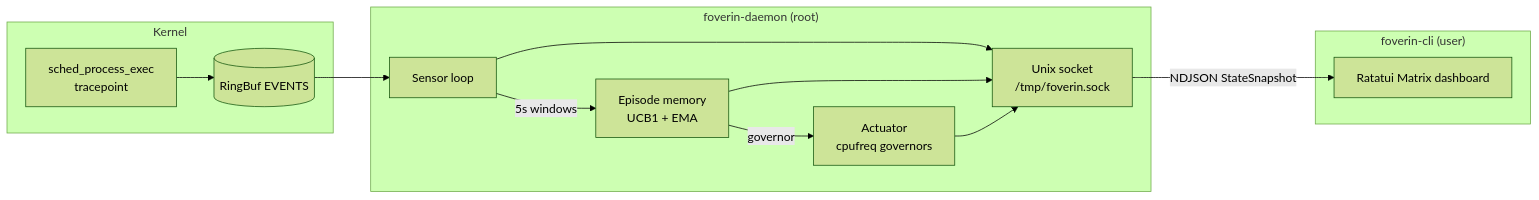
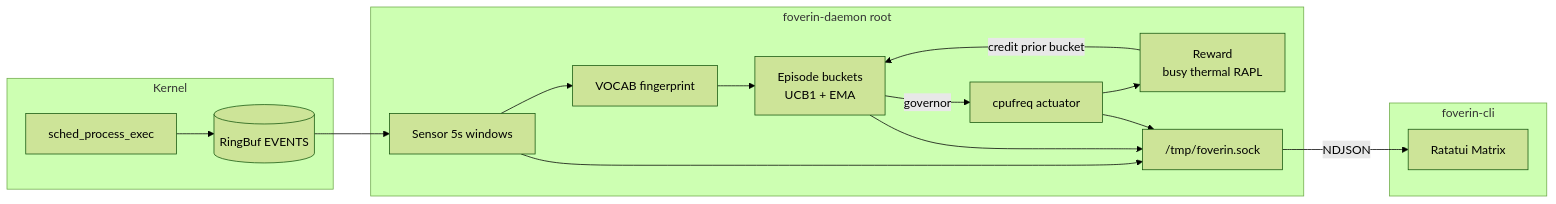
The diagram in README.md (hocestnonsatis/foverin), drawn with Mermaid (forest theme) before and after one commit. The commit also changed other lines of this file and 1 other file, not shown here.

First line of the commit message:
Release v0.2.0: document episodic memory architecture.

````diff
--- a/README.md
+++ b/README.md
@@ -21,26 +21,28 @@
 ```mermaid
 flowchart LR
     subgraph Kernel
-        TP["sched_process_exec<br/>tracepoint"]
+        TP["sched_process_exec"]
         RB[(RingBuf EVENTS)]
         TP --> RB
     end
 
-    subgraph "foverin-daemon (root)"
-        SEN[Sensor loop]
-        MEM["Episode memory<br/>UCB1 + EMA"]
-        ACT["Actuator<br/>cpufreq governors"]
-        UDS["Unix socket<br/>/tmp/foverin.sock"]
-        RB --> SEN
-        SEN -->|"5s windows"| MEM
+    subgraph Daemon["foverin-daemon root"]
+        SEN[Sensor 5s windows]
+        FP[VOCAB fingerprint]
+        MEM["Episode buckets<br/>UCB1 + EMA"]
+        REW["Reward<br/>busy thermal RAPL"]
+        ACT[cpufreq actuator]
+        UDS["/tmp/foverin.sock"]
+        RB --> SEN --> FP --> MEM
         MEM -->|governor| ACT
+        ACT --> REW -->|credit prior bucket| MEM
         SEN --> UDS
         MEM --> UDS
         ACT --> UDS
     end
 
-    subgraph "foverin-cli (user)"
-        TUI["Ratatui Matrix dashboard"]
-        UDS -->|"NDJSON StateSnapshot"| TUI
+    subgraph Cli["foverin-cli"]
+        TUI[Ratatui Matrix]
+        UDS -->|NDJSON| TUI
     end
 ```
````
